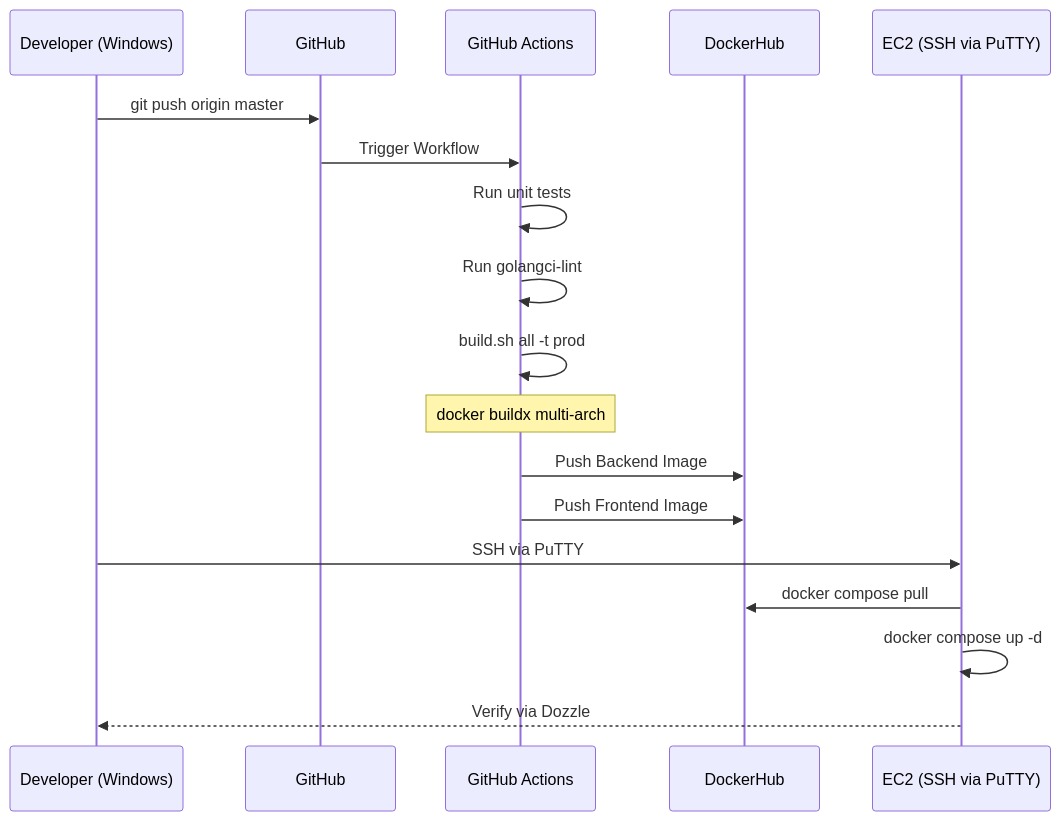
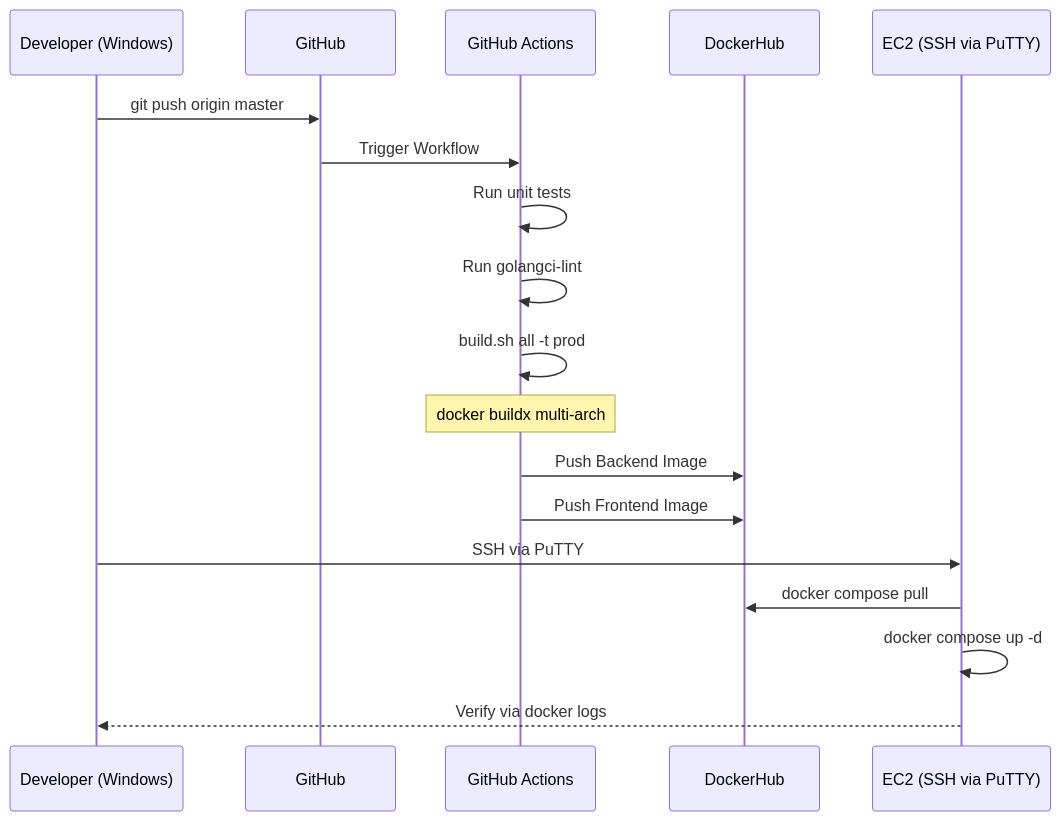
One commit to debmalyaroy/ai-cm changed diagram 15 of 15 in docs/low_level_design.md. Above: the diagram before and after it, drawn with Mermaid. The commit also changed other lines of this file and 7 other files, not shown here.

````diff
--- a/docs/low_level_design.md
+++ b/docs/low_level_design.md
@@ -799,22 +798,22 @@
 ```mermaid
 sequenceDiagram
     participant Dev as Developer (Windows)
     participant GH as GitHub
     participant CI as GitHub Actions
     participant DH as DockerHub
     participant EC2 as EC2 (SSH via PuTTY)
 
     Dev->>GH: git push origin master
     GH->>CI: Trigger Workflow
     CI->>CI: Run unit tests
     CI->>CI: Run golangci-lint
     CI->>CI: build.sh all -t prod
     Note over CI: docker buildx multi-arch
     CI->>DH: Push Backend Image
     CI->>DH: Push Frontend Image
 
     Dev->>EC2: SSH via PuTTY
     EC2->>DH: docker compose pull
     EC2->>EC2: docker compose up -d
-    EC2-->>Dev: Verify via Dozzle
+    EC2-->>Dev: Verify via docker logs
 ```
````
